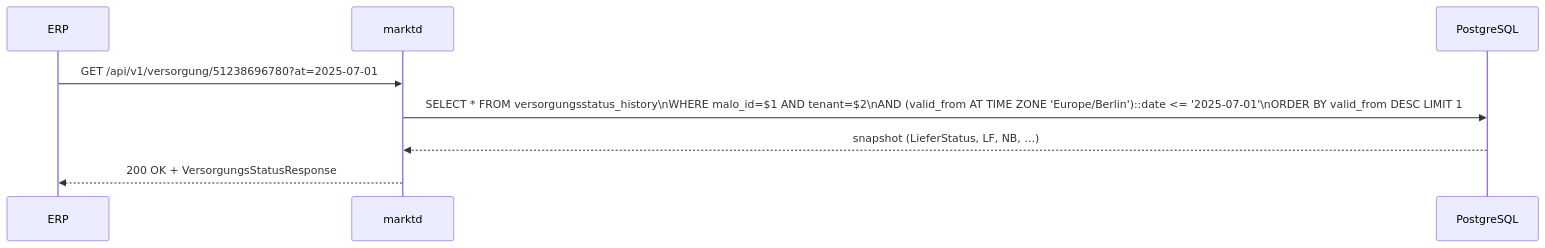
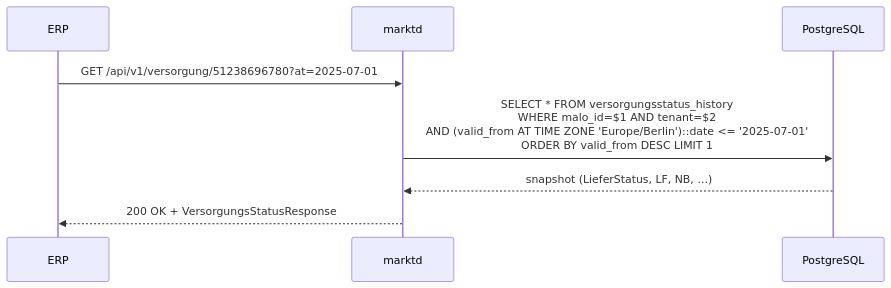
One commit to hupe1980/mako changed the fourth of 6 diagrams in site/content/docs/services/marktd.md. Above: the diagram before and after it, drawn with Mermaid. The commit also changed other lines of this file and 45 other files, not shown here.

````diff
--- a/site/content/docs/services/marktd.md
+++ b/site/content/docs/services/marktd.md
@@ -1209,11 +1209,11 @@
 ```mermaid
 sequenceDiagram
     participant ERP
     participant marktd
     participant PostgreSQL
 
     ERP->>marktd: GET /api/v1/versorgung/51238696780?at=2025-07-01
-    marktd->>PostgreSQL: SELECT * FROM versorgungsstatus_history\nWHERE malo_id=$1 AND tenant=$2\nAND (valid_from AT TIME ZONE 'Europe/Berlin')::date <= '2025-07-01'\nORDER BY valid_from DESC LIMIT 1
+    marktd->>PostgreSQL: SELECT * FROM versorgungsstatus_history<br/>WHERE malo_id=$1 AND tenant=$2<br/>AND (valid_from AT TIME ZONE 'Europe/Berlin')::date <= '2025-07-01'<br/>ORDER BY valid_from DESC LIMIT 1
     PostgreSQL-->>marktd: snapshot (LieferStatus, LF, NB, …)
     marktd-->>ERP: 200 OK + VersorgungsStatusResponse
 ```
````
